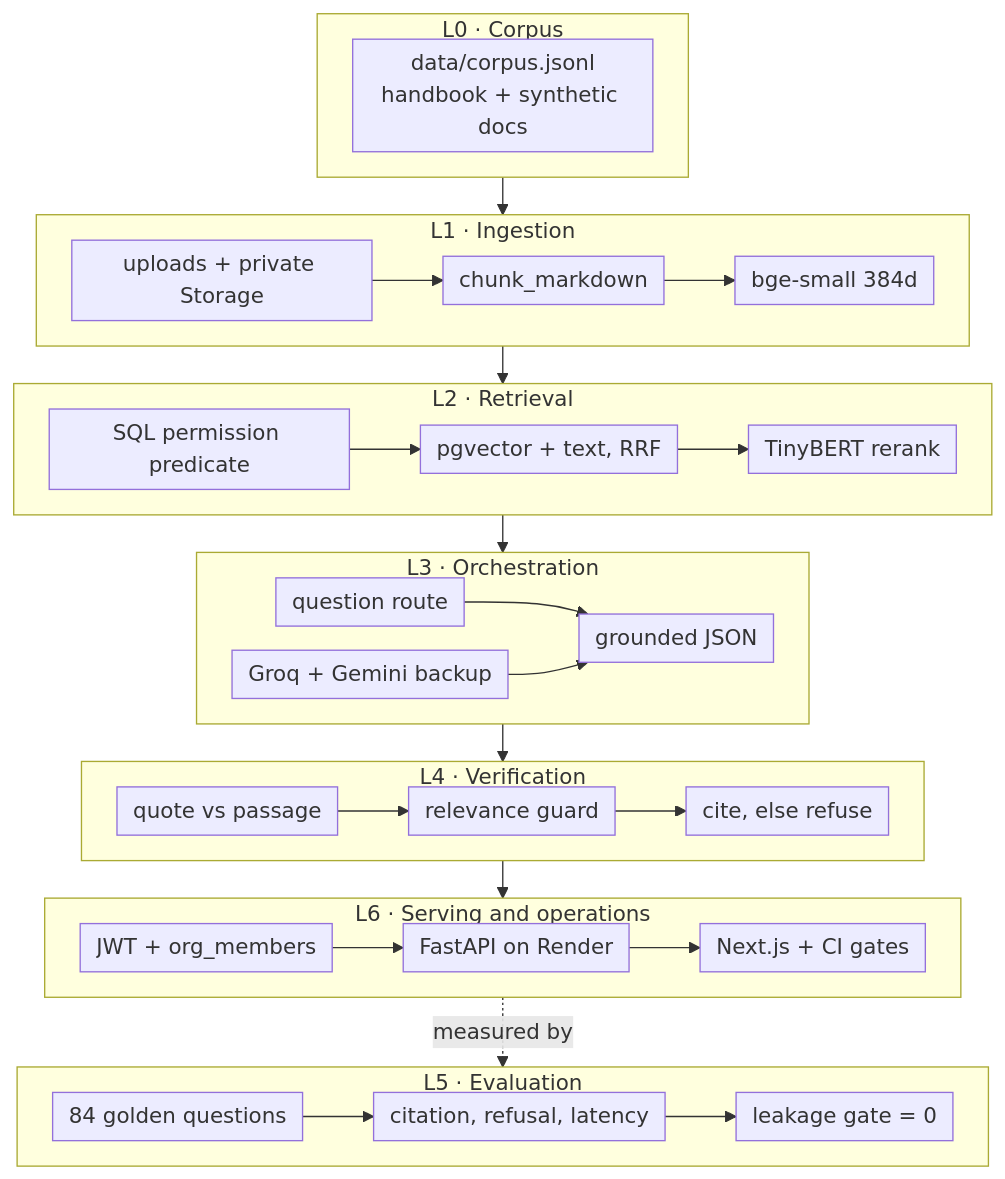
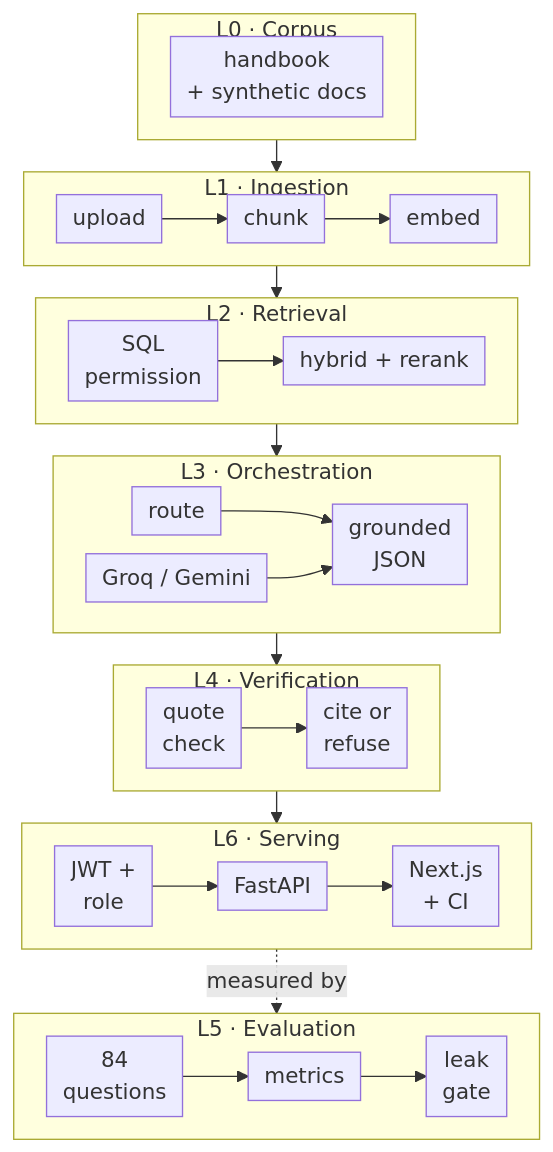
The diagram in docs/AI_ENGINEERING_LAYERS.md (ibrahimSumon47/Enterprise-Knowledge-Copilot), drawn with Mermaid before and after one commit. The commit also changed other lines of this file, not shown here.

Commit message:
docs: keep the layer map readable on a phone
GitHub fits a mermaid diagram to the content column, so the 692px map was
scaled to 44% on a 390px viewport and the labels became unreadable. Short
labels bring the natural width to 388px, which renders at 79% there, and the
table below still names every step in full.

````diff
--- a/docs/AI_ENGINEERING_LAYERS.md
+++ b/docs/AI_ENGINEERING_LAYERS.md
@@ -14,35 +14,35 @@
 ```mermaid
-%%{init: {"flowchart": {"nodeSpacing": 18, "rankSpacing": 28, "padding": 6}}}%%
+%%{init: {"flowchart": {"nodeSpacing": 14, "rankSpacing": 24, "padding": 6}}}%%
 flowchart TB
   subgraph L0["L0 · Corpus"]
     direction LR
-    C1["data/corpus.jsonl<br/>handbook + synthetic docs"]
+    C1["handbook<br/>+ synthetic docs"]
   end
   subgraph L1["L1 · Ingestion"]
     direction LR
-    I3["uploads + private Storage"] --> I1["chunk_markdown"] --> I2["bge-small 384d"]
+    I1["upload"] --> I2["chunk"] --> I3["embed"]
   end
   subgraph L2["L2 · Retrieval"]
     direction LR
-    R1["SQL permission predicate"] --> R2["pgvector + text, RRF"] --> R3["TinyBERT rerank"]
+    R1["SQL<br/>permission"] --> R2["hybrid + rerank"]
   end
   subgraph L3["L3 · Orchestration"]
     direction LR
-    G1["question route"] --> G3["grounded JSON"]
-    G2["Groq + Gemini backup"] --> G3
+    G1["route"] --> G2["grounded<br/>JSON"]
+    G3["Groq / Gemini"] --> G2
   end
   subgraph L4["L4 · Verification"]
     direction LR
-    V1["quote vs passage"] --> V2["relevance guard"] --> V3["cite, else refuse"]
+    V1["quote<br/>check"] --> V2["cite or<br/>refuse"]
   end
-  subgraph L6["L6 · Serving and operations"]
+  subgraph L6["L6 · Serving"]
     direction LR
-    S3["JWT + org_members"] --> S1["FastAPI on Render"] --> S2["Next.js + CI gates"]
+    S1["JWT +<br/>role"] --> S2["FastAPI"] --> S3["Next.js<br/>+ CI"]
   end
   subgraph L5["L5 · Evaluation"]
     direction LR
-    E1["84 golden questions"] --> E2["citation, refusal, latency"] --> E3["leakage gate = 0"]
+    E1["84<br/>questions"] --> E2["metrics"] --> E3["leak<br/>gate"]
   end
   L0 --> L1 --> L2 --> L3 --> L4 --> L6
   L6 -. measured by .-> L5
 ```
````
